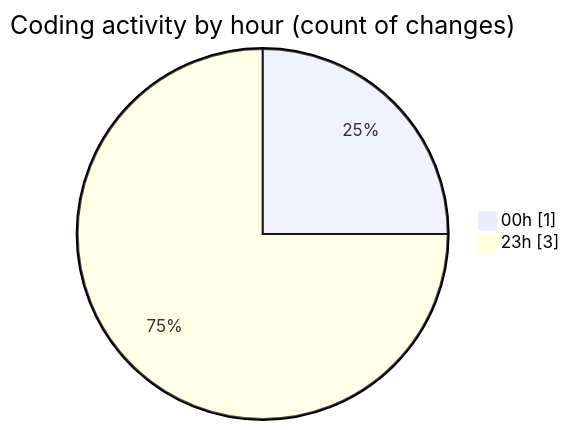
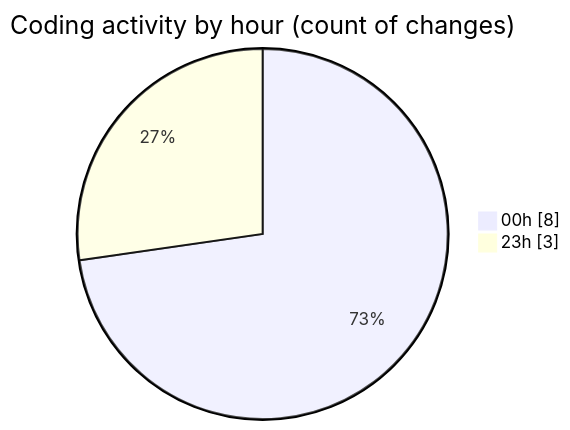
The second of 2 diagrams in 2026-04-10/cda/README.md (momahboobian/code-tracking), drawn with Mermaid before and after one commit. The commit also changed other lines of this file and 2 other files, not shown here.

````diff
--- a/2026-04-10/cda/README.md
+++ b/2026-04-10/cda/README.md
@@ -28,6 +28,6 @@
 ```mermaid
 pie showData
 title Coding activity by hour (count of changes)
-"00h" : 1
+"00h" : 8
 "23h" : 3
 ```
````
